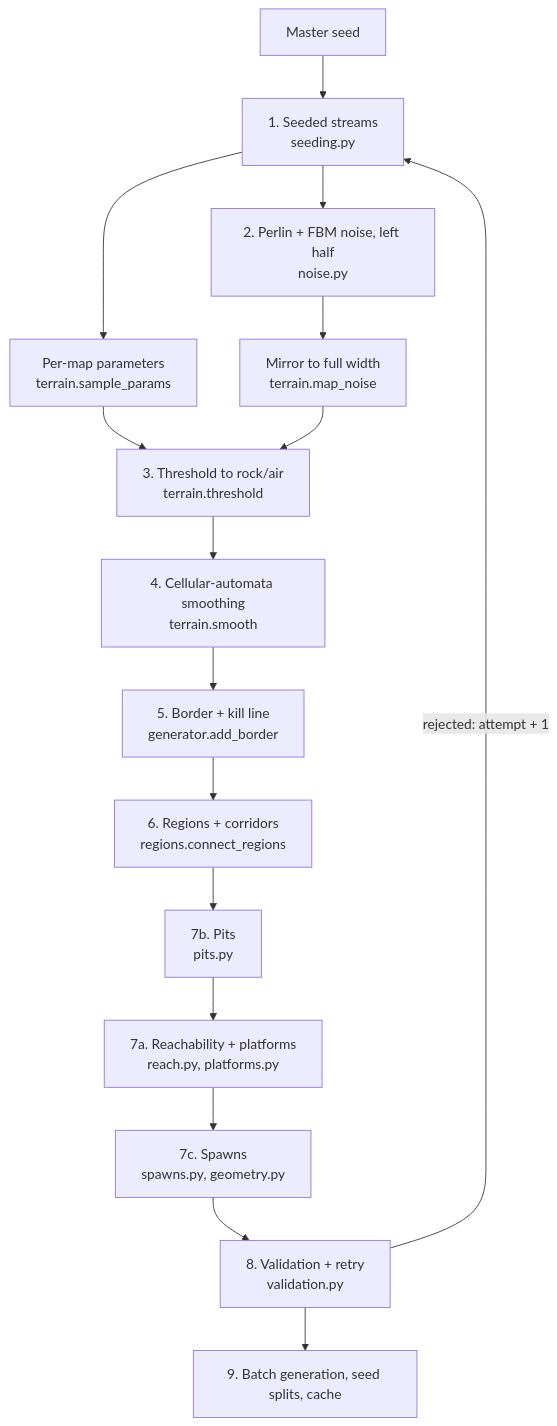
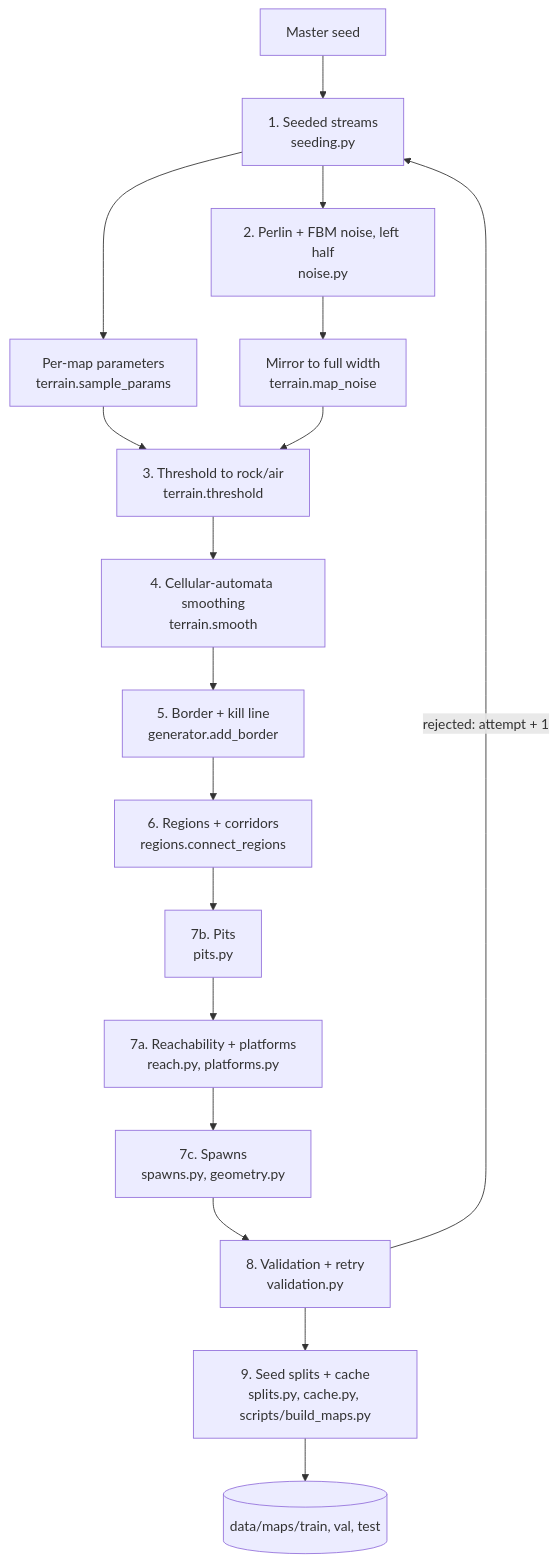
Before and after one commit to thekrishmellow/RL-Donut: the first of 2 diagrams in docs/mapgen.md, drawn with Mermaid. The commit also changed other lines of this file and 17 other files, not shown here.

Commit message:
Step 1.9: seed splits, map cache and built train/val/test maps; add project plan

````diff
--- a/docs/mapgen.md
+++ b/docs/mapgen.md
@@ -20,18 +20,19 @@
 ```mermaid
 flowchart TD
     S[Master seed] --> P[1. Seeded streams<br/>seeding.py]
     P --> Q[Per-map parameters<br/>terrain.sample_params]
     P --> N[2. Perlin + FBM noise, left half<br/>noise.py]
     N --> MI[Mirror to full width<br/>terrain.map_noise]
     Q --> T[3. Threshold to rock/air<br/>terrain.threshold]
     MI --> T
     T --> C[4. Cellular-automata smoothing<br/>terrain.smooth]
     C --> M[5. Border + kill line<br/>generator.add_border]
     M --> RG[6. Regions + corridors<br/>regions.connect_regions]
     RG --> PT[7b. Pits<br/>pits.py]
     PT --> PL[7a. Reachability + platforms<br/>reach.py, platforms.py]
     PL --> SP[7c. Spawns<br/>spawns.py, geometry.py]
     SP --> V[8. Validation + retry<br/>validation.py]
     V -- rejected: attempt + 1 --> P
-    V --> B[9. Batch generation, seed splits, cache]
+    V --> B[9. Seed splits + cache<br/>splits.py, cache.py, scripts/build_maps.py]
+    B --> D[(data/maps/train, val, test)]
 ```
````
